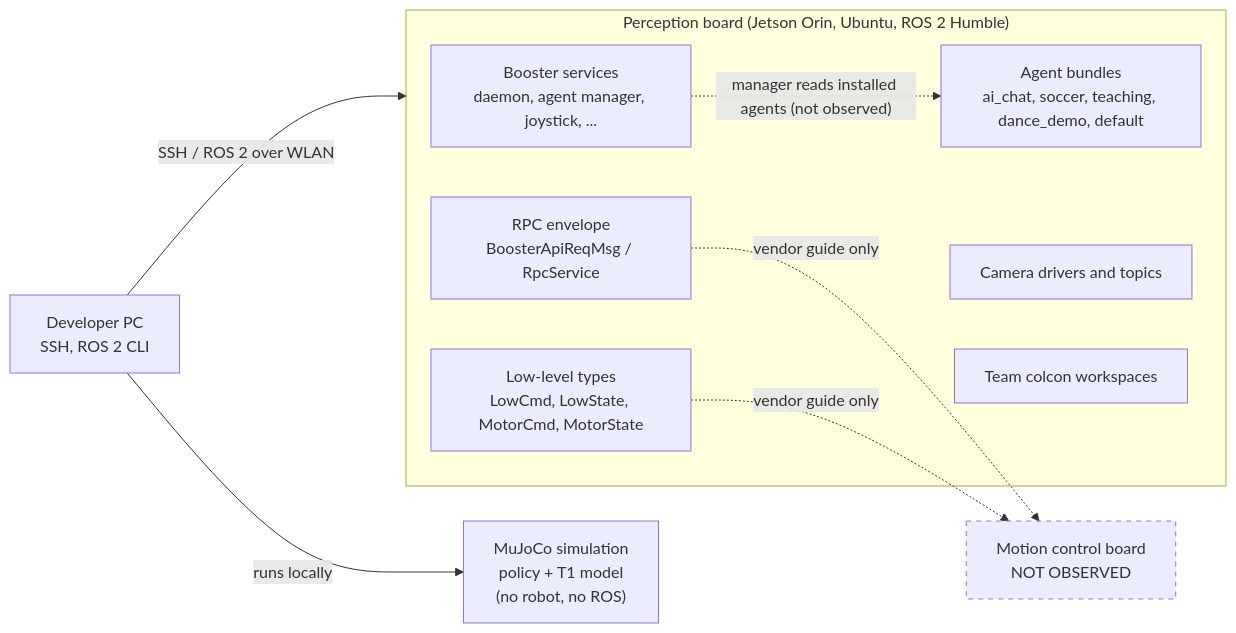
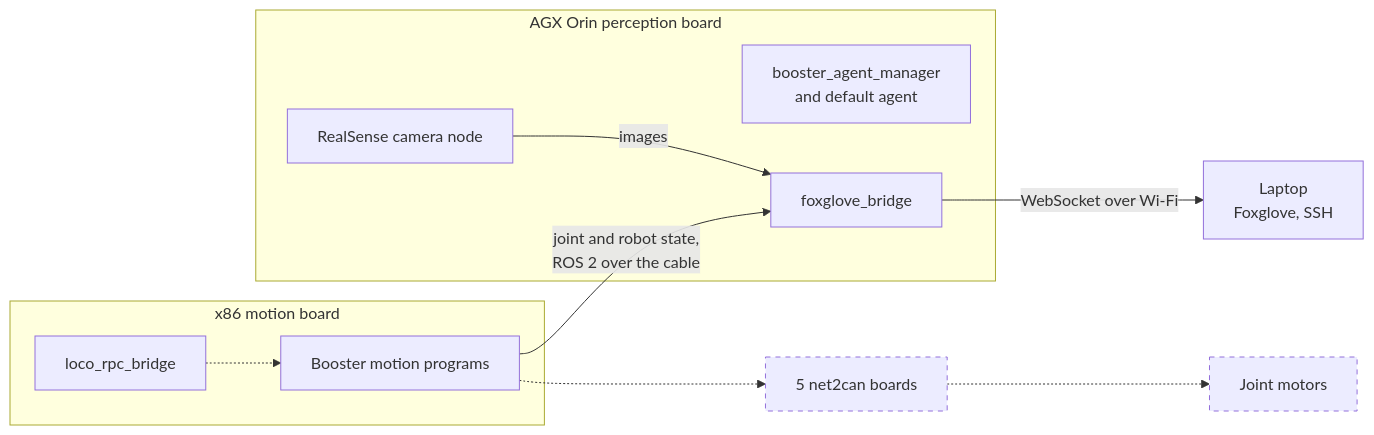
Before and after one commit to tue-robotics/humanoid_BoosterT1: the first of 2 diagrams in docs/explanation/system-architecture.md, drawn with Mermaid. The commit also changed other lines of this file and 19 other files, not shown here.

````diff
--- a/docs/explanation/system-architecture.md
+++ b/docs/explanation/system-architecture.md
@@ -27,25 +23,28 @@
 ```mermaid
 flowchart LR
-  dev["Developer PC<br/>SSH, ROS 2 CLI"]
-  sim["MuJoCo simulation<br/>policy + T1 model<br/>(no robot, no ROS)"]
+  lap["Laptop<br/>Foxglove, SSH"]
 
-  subgraph perception["Perception board (Jetson Orin, Ubuntu, ROS 2 Humble)"]
-    svc["Booster services<br/>daemon, agent manager, joystick, ..."]
-    agents["Agent bundles<br/>ai_chat, soccer, teaching, dance_demo, default"]
-    rpc["RPC envelope<br/>BoosterApiReqMsg / RpcService"]
-    low["Low-level types<br/>LowCmd, LowState, MotorCmd, MotorState"]
-    cam["Camera drivers and topics"]
-    team["Team colcon workspaces"]
+  subgraph x86["x86 motion board"]
+    rpcb["loco_rpc_bridge"]
+    mot["Booster motion programs"]
   end
 
-  motion["Motion control board<br/>NOT OBSERVED"]
+  subgraph orin["AGX Orin perception board"]
+    cam["RealSense camera node"]
+    mgr["booster_agent_manager<br/>and default agent"]
+    fg["foxglove_bridge"]
+  end
 
-  dev -- "SSH / ROS 2 over WLAN" --> perception
-  dev -- "runs locally" --> sim
-  svc -. "manager reads installed agents (not observed)" .-> agents
-  rpc -. "vendor guide only" .-> motion
-  low -. "vendor guide only" .-> motion
+  n2c["5 net2can boards"]
+  motors["Joint motors"]
 
-  classDef gap stroke-dasharray: 5 5;
-  class motion gap;
+  cam -- "images" --> fg
+  mot -- "joint and robot state,<br/>ROS 2 over the cable" --> fg
+  fg -- "WebSocket over Wi-Fi" --> lap
+  rpcb -.-> mot
+  mot -.-> n2c
+  n2c -.-> motors
+
+  classDef inferred stroke-dasharray: 5 5;
+  class n2c,motors inferred;
 ```
````
